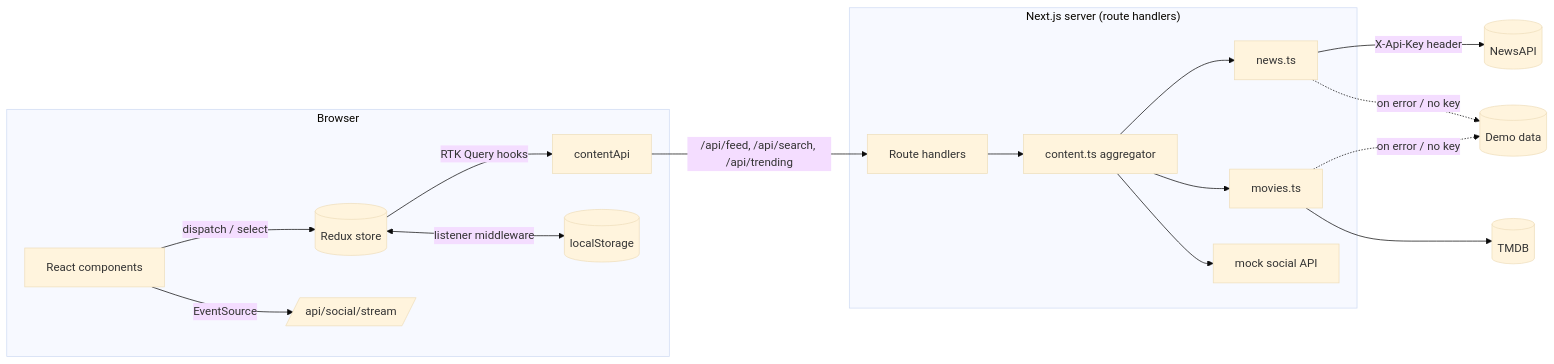
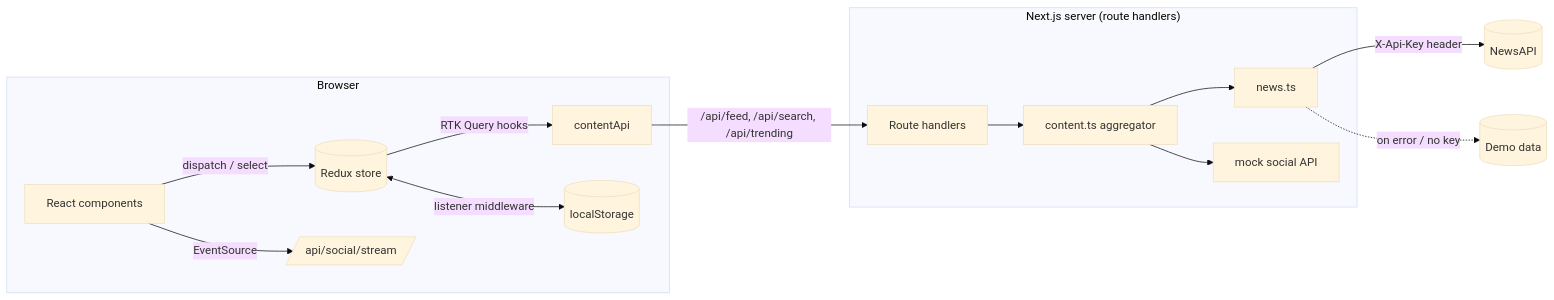
The diagram in README.md (VaibhavInAction/assiment), drawn with Mermaid (base theme) before and after one commit. The commit also changed other lines of this file and 43 other files, not shown here.

````diff
--- a/README.md
+++ b/README.md
@@ -150,23 +149,20 @@
 ```mermaid
 flowchart LR
   subgraph Browser
     UI[React components] -->|dispatch / select| Store[(Redux store)]
     Store -->|RTK Query hooks| RTKQ[contentApi]
     Store <-->|listener middleware| LS[(localStorage)]
     UI -->|EventSource| SSE
   end
 
   subgraph "Next.js server (route handlers)"
     RTKQ -->|/api/feed, /api/search, /api/trending| Routes[Route handlers]
     SSE[/api/social/stream/]
     Routes --> Agg[content.ts aggregator]
     Agg --> News[news.ts]
-    Agg --> Movies[movies.ts]
     Agg --> Social[mock social API]
   end
 
   News -->|X-Api-Key header| NewsAPI[(NewsAPI)]
-  Movies --> TMDB[(TMDB)]
   News -. on error / no key .-> Demo[(Demo data)]
-  Movies -. on error / no key .-> Demo
 ```
````
